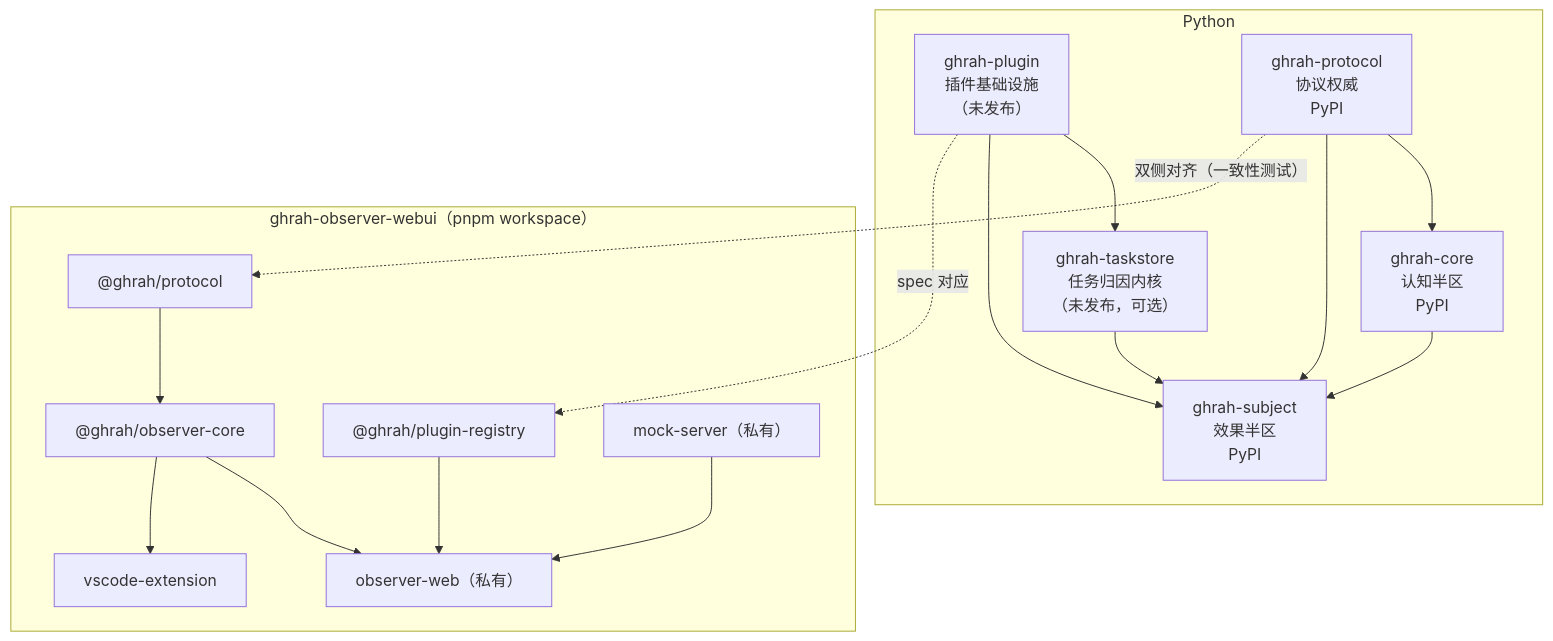
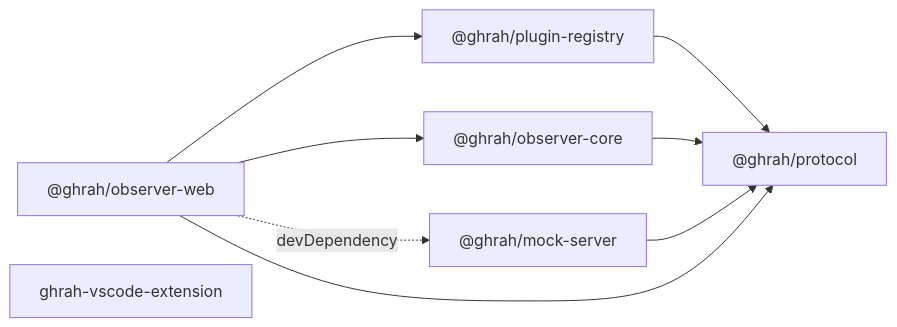
One commit to ghrah-org/ghrah-monorepo changed the third of 9 diagrams in docs/ARCHITECTURE.md. Above: the diagram before and after it, drawn with Mermaid. The commit also changed other lines of this file and 24 other files, not shown here.

````diff
--- a/docs/ARCHITECTURE.md
+++ b/docs/ARCHITECTURE.md
@@ -193,32 +398,17 @@
 ```mermaid
-graph TB
-    subgraph Python
-        P["ghrah-plugin<br/>插件基础设施<br/>（未发布）"]
-        PR["ghrah-protocol<br/>协议权威<br/>PyPI"]
-        C["ghrah-core<br/>认知半区<br/>PyPI"]
-        TS["ghrah-taskstore<br/>任务归因内核<br/>（未发布，可选）"]
-        S["ghrah-subject<br/>效果半区<br/>PyPI"]
-    end
-    subgraph TypeScript["ghrah-observer-webui（pnpm workspace）"]
-        WP["@ghrah/protocol"]
-        WPR["@ghrah/plugin-registry"]
-        OC["@ghrah/observer-core"]
-        OW["observer-web（私有）"]
-        MS["mock-server（私有）"]
-        VS["vscode-extension"]
-    end
+graph LR
+    P["@ghrah/protocol"]
+    R["@ghrah/plugin-registry"]
+    O["@ghrah/observer-core"]
+    M["@ghrah/mock-server"]
+    W["@ghrah/observer-web"]
+    V["ghrah-vscode-extension"]
 
-    P --> TS
-    P --> S
-    PR --> C
-    PR --> S
-    C --> S
-    TS --> S
-    WP --> OC
-    WPR --> OW
-    OC --> OW
-    MS --> OW
-    OC --> VS
-    PR -. "双侧对齐（一致性测试）" .-> WP
-    P -. "spec 对应" .-> WPR
+    R --> P
+    O --> P
+    M --> P
+    W --> O
+    W --> R
+    W --> P
+    W -.->|"devDependency"| M
 ```
````
